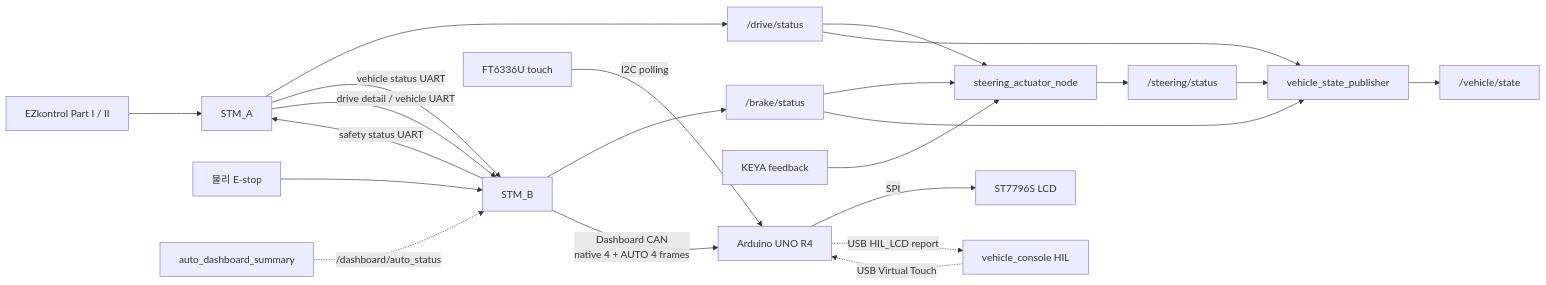
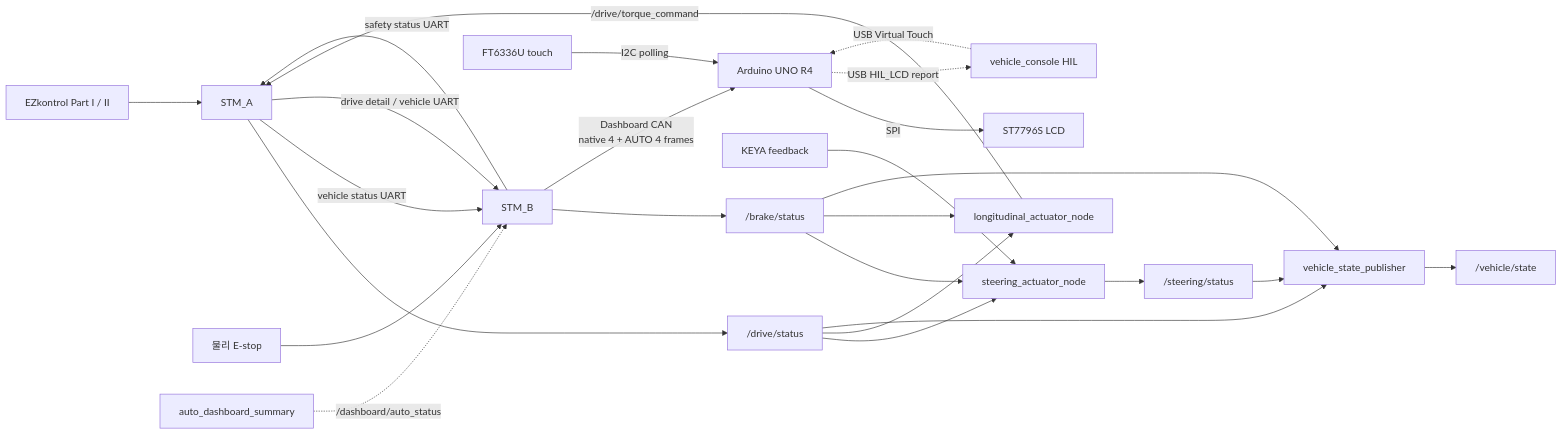
The second of 2 diagrams in docs/ARCHITECTURE.md (shinjuyeop/Control), drawn with Mermaid before and after one commit. The commit also changed other lines of this file and 28 other files, not shown here.

````diff
--- a/docs/ARCHITECTURE.md
+++ b/docs/ARCHITECTURE.md
@@ -227,24 +234,27 @@
 ```mermaid
 flowchart LR
     EZ["EZkontrol Part I / II"] --> A["STM_A"]
     A --> DS["/drive/status"]
     A -->|"vehicle status UART"| B["STM_B"]
     B -->|"safety status UART"| A
     E["물리 E-stop"] --> B
     B --> BS["/brake/status"]
     K["KEYA feedback"] --> L["steering_actuator_node"]
     DS --> L
     BS --> L
     L --> SS["/steering/status"]
+    DS --> LG["longitudinal_actuator_node"]
+    BS --> LG
+    LG -->|"/drive/torque_command"| A
     DS --> F["vehicle_state_publisher"]
     BS --> F
     SS --> F
     F --> VS["/vehicle/state"]
     A -->|"drive detail / vehicle UART"| B
     Summary["auto_dashboard_summary"] -.->|"/dashboard/auto_status"| B
     B -->|"Dashboard CAN<br/>native 4 + AUTO 4 frames"| UNO["Arduino UNO R4"]
     UNO -->|"SPI"| LCD["ST7796S LCD"]
     Touch["FT6336U touch"] -->|"I2C polling"| UNO
     HIL["vehicle_console HIL"] -.->|"USB Virtual Touch"| UNO
     UNO -.->|"USB HIL_LCD report"| HIL
 ```
````
